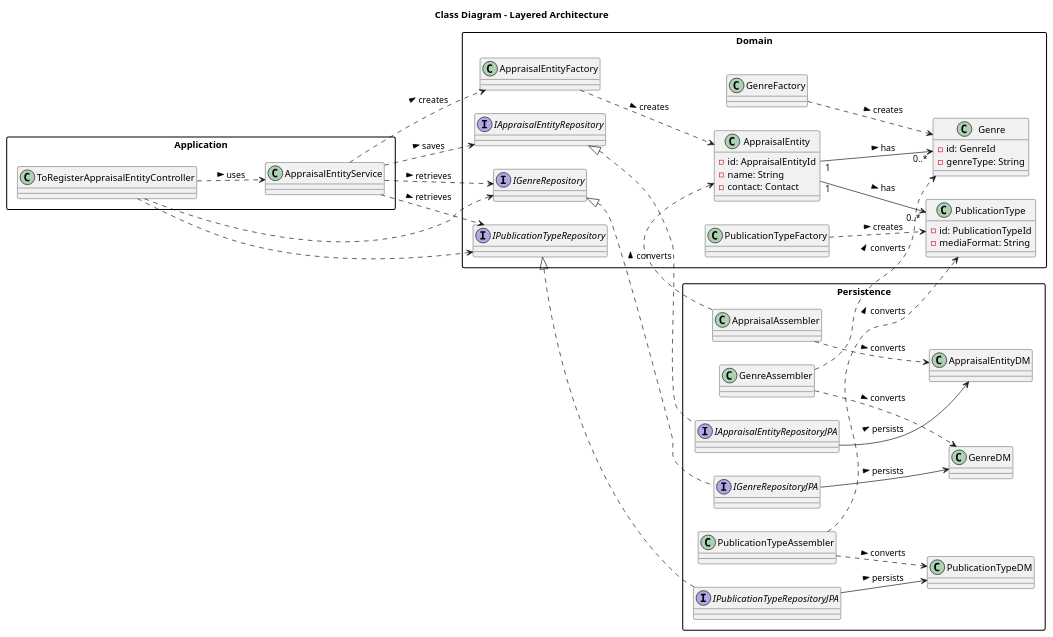
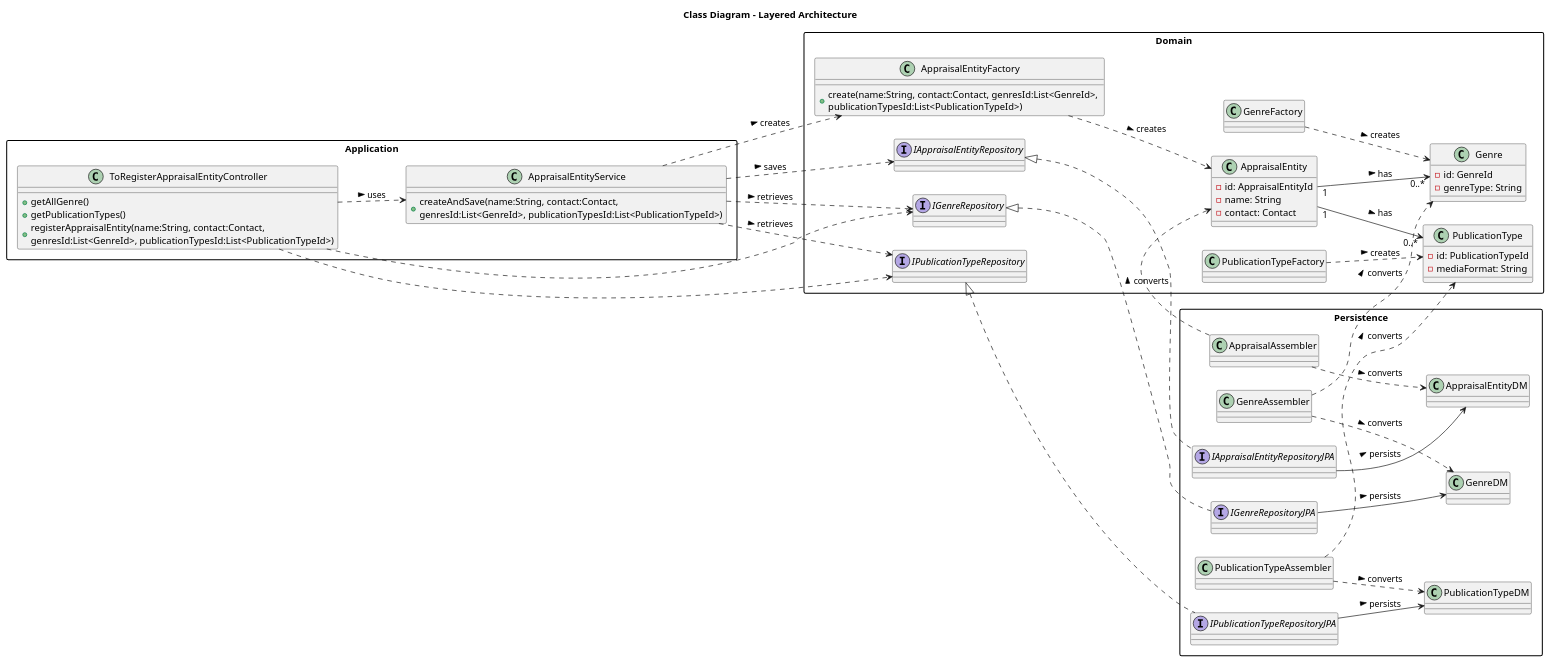
The diagram in Diagrams/ClassDiagrams/To-register-an-appraisal-entity.puml (AndrePereiraGitH/SWitCH-Project-Team_A), drawn with PlantUML before and after one commit. The commit also changed 1 other file, not shown here.

```diff
--- a/Diagrams/ClassDiagrams/To-register-an-appraisal-entity.puml
+++ b/Diagrams/ClassDiagrams/To-register-an-appraisal-entity.puml
@@ -1,103 +1,112 @@
 @startuml
 title Class Diagram - Layered Architecture
 
 skinparam packageStyle rectangle
 left to right direction
 
 ' =========================
 ' APPLICATION LAYER
 ' =========================
 package "Application" {
 
-class "ToRegisterAppraisalEntityController" as Controller
-class "AppraisalEntityService" as Service
+class "ToRegisterAppraisalEntityController" as Controller {
+  +getAllGenre()
+  +getPublicationTypes()
+  +registerAppraisalEntity(name:String, contact:Contact, \ngenresId:List<GenreId>, publicationTypesId:List<PublicationTypeId>)
+}
+
+class "AppraisalEntityService" as Service {
+  +createAndSave(name:String, contact:Contact, \ngenresId:List<GenreId>, publicationTypesId:List<PublicationTypeId>)
+}
 
 Controller ..> Service : uses >
 }
 
 ' =========================
 ' DOMAIN LAYER
 ' =========================
 package "Domain" as DomainPkg {
 
 class AppraisalEntity {
   -id: AppraisalEntityId
   -name: String
   -contact: Contact
 }
 
 class Genre {
   -id: GenreId
   -genreType: String
 }
 class PublicationType{
   -id: PublicationTypeId
   -mediaFormat: String
 }
 
-class AppraisalEntityFactory
+class AppraisalEntityFactory{
+  +create(name:String, contact:Contact, genresId:List<GenreId>, \npublicationTypesId:List<PublicationTypeId>)
+}
 class GenreFactory
 class PublicationTypeFactory
 
 interface IAppraisalEntityRepository
 interface IGenreRepository
 interface IPublicationTypeRepository
 
 AppraisalEntity "1" --> "0..*" Genre : has >
 AppraisalEntity "1" --> "0..*" PublicationType : has >
 
 Service ..> AppraisalEntityFactory : creates >
 Service ..> IAppraisalEntityRepository : saves >
 Service ..> IGenreRepository : retrieves >
 Service ..> IPublicationTypeRepository : retrieves >
 
 AppraisalEntityFactory ..> AppraisalEntity : creates >
 GenreFactory ..> Genre : creates >
 PublicationTypeFactory ..> PublicationType : creates >
 
 
 }
 
 ' =========================
 ' PERSISTENCE LAYER
 ' =========================
 package "Persistence" as PersistPkg {
 
 class AppraisalEntityDM
 class GenreDM
 class PublicationTypeDM
 
 class AppraisalAssembler
 class GenreAssembler
 class PublicationTypeAssembler
 
 interface IAppraisalEntityRepositoryJPA
 interface IGenreRepositoryJPA
 interface IPublicationTypeRepositoryJPA
 
 AppraisalAssembler ..> AppraisalEntity : converts >
 AppraisalAssembler ..> AppraisalEntityDM : converts >
 
 GenreAssembler ....> Genre : converts >
 GenreAssembler ..> GenreDM : converts >
 
 PublicationTypeAssembler ..> PublicationType : converts >
 PublicationTypeAssembler ..> PublicationTypeDM : converts >
 
 IAppraisalEntityRepositoryJPA --> AppraisalEntityDM : persists >
 IGenreRepositoryJPA --> GenreDM : persists >
 IPublicationTypeRepositoryJPA --> PublicationTypeDM : persists >
 }
 
 ' =========================
 ' CROSS LAYER
 ' =========================
 
 Controller ..> IGenreRepository
 Controller ..> IPublicationTypeRepository
 
 IAppraisalEntityRepository <|.. IAppraisalEntityRepositoryJPA
 IGenreRepository <|.. IGenreRepositoryJPA
 IPublicationTypeRepository <|.. IPublicationTypeRepositoryJPA
 
 @enduml
```
